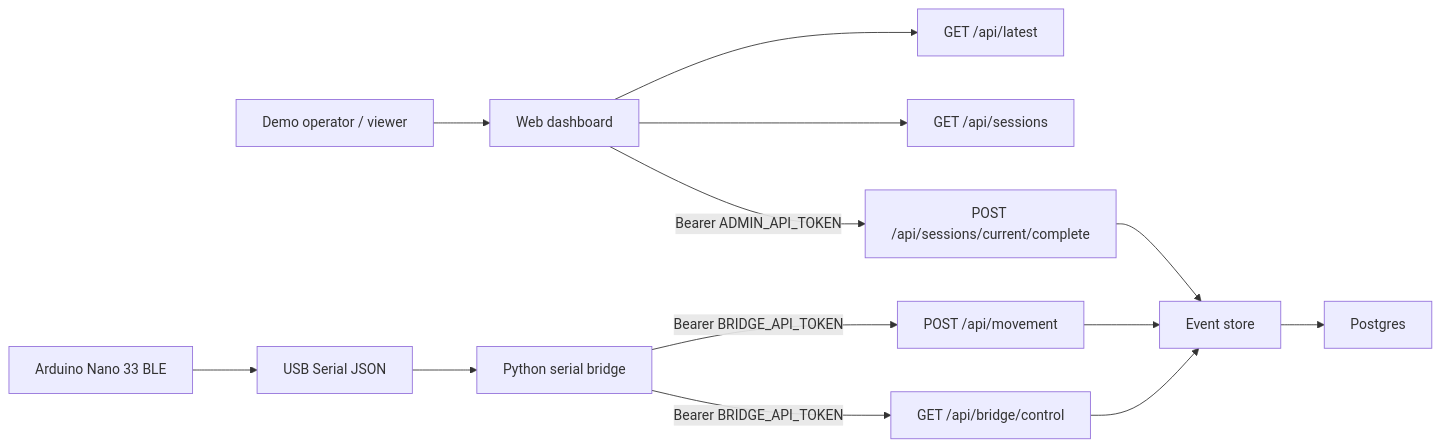
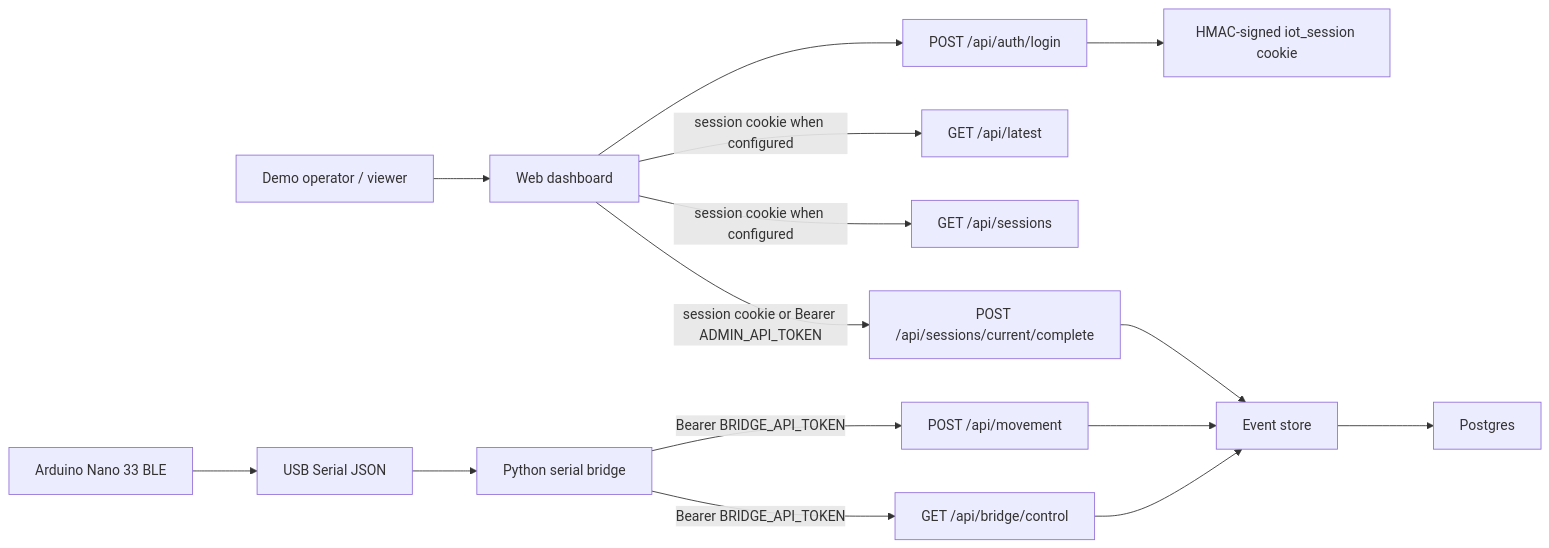
Before and after one commit to serhiiSotskyi/Iot: the diagram in docs/SECURITY_STRIDE.md, drawn with Mermaid. The commit also changed other lines of this file and 22 other files, not shown here.

````diff
--- a/docs/SECURITY_STRIDE.md
+++ b/docs/SECURITY_STRIDE.md
@@ -7,15 +7,17 @@
 ```mermaid
 flowchart LR
   User["Demo operator / viewer"] --> Browser["Web dashboard"]
   Board["Arduino Nano 33 BLE"] --> Serial["USB Serial JSON"]
   Serial --> Bridge["Python serial bridge"]
   Bridge -->|"Bearer BRIDGE_API_TOKEN"| MovementAPI["POST /api/movement"]
   Bridge -->|"Bearer BRIDGE_API_TOKEN"| ControlAPI["GET /api/bridge/control"]
-  Browser --> LatestAPI["GET /api/latest"]
-  Browser --> SessionsAPI["GET /api/sessions"]
-  Browser -->|"Bearer ADMIN_API_TOKEN"| StopAPI["POST /api/sessions/current/complete"]
+  Browser --> LoginAPI["POST /api/auth/login"]
+  LoginAPI --> Cookie["HMAC-signed iot_session cookie"]
+  Browser -->|"session cookie when configured"| LatestAPI["GET /api/latest"]
+  Browser -->|"session cookie when configured"| SessionsAPI["GET /api/sessions"]
+  Browser -->|"session cookie or Bearer ADMIN_API_TOKEN"| StopAPI["POST /api/sessions/current/complete"]
   MovementAPI --> Store["Event store"]
   StopAPI --> Store
   ControlAPI --> Store
   Store --> Postgres["Postgres"]
 ```
````
